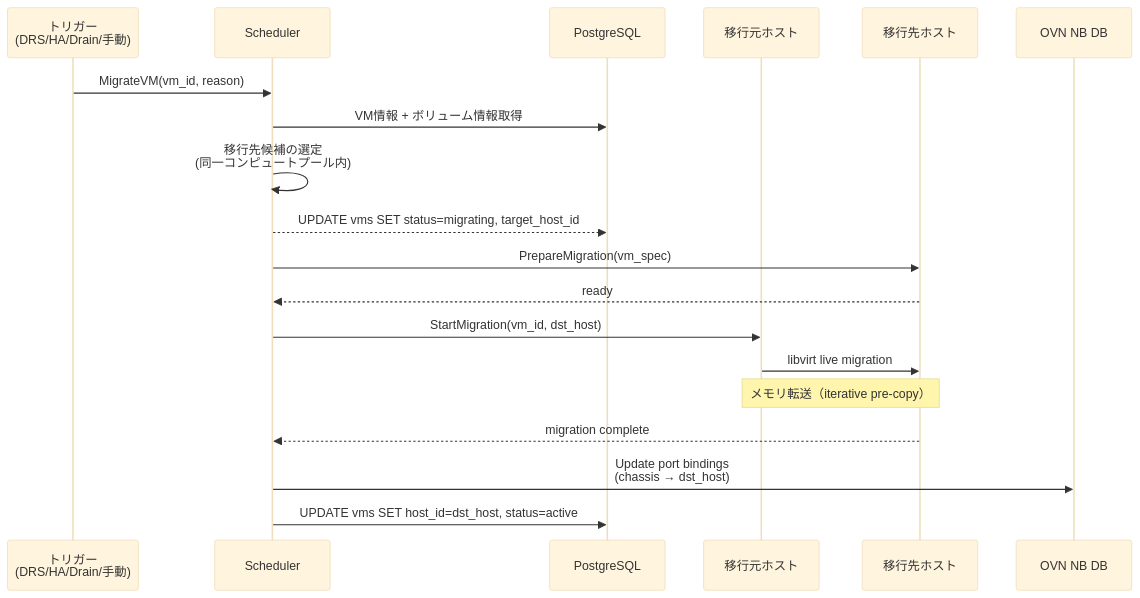
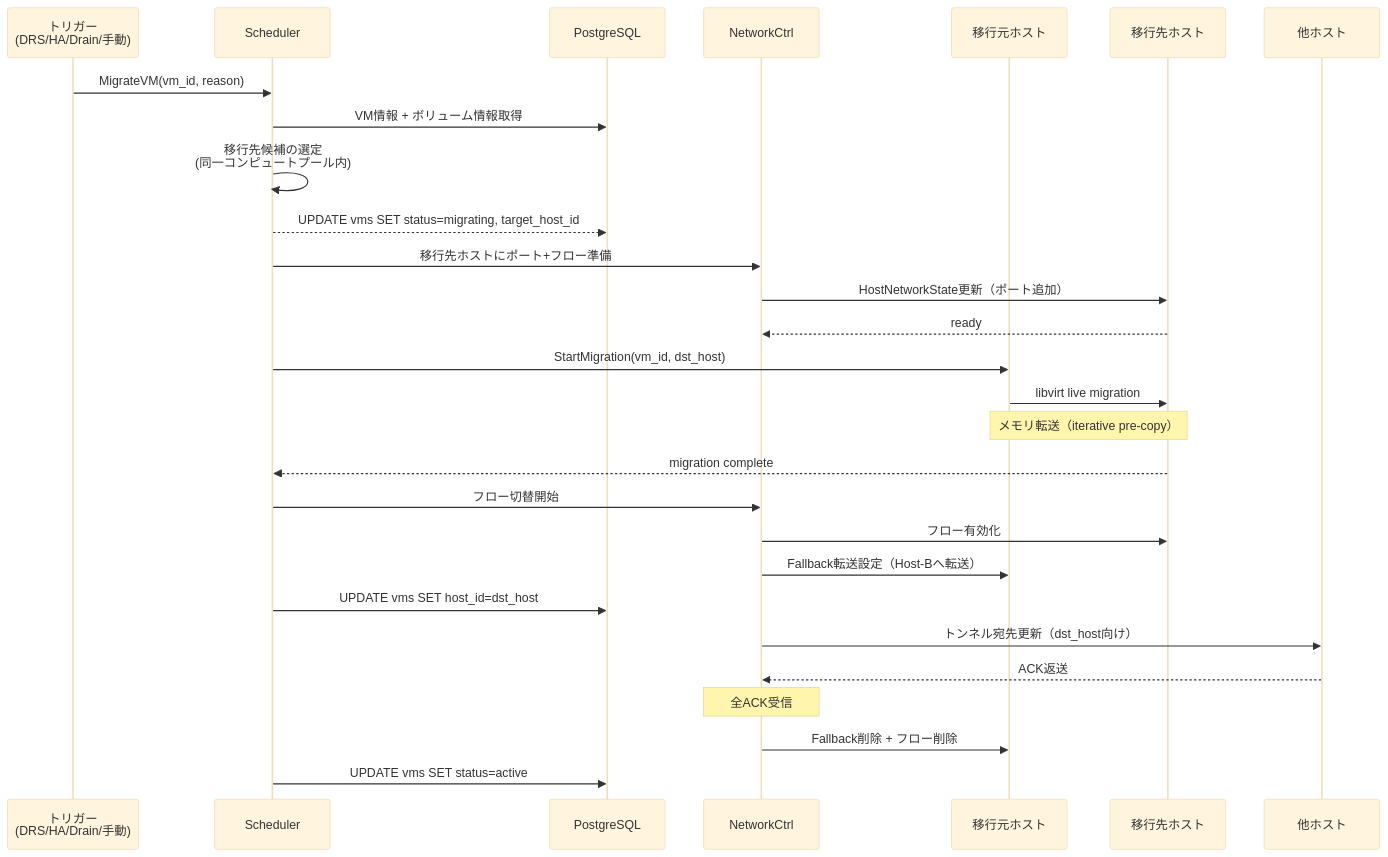
One commit to tjst-t/cirrus changed the second of 2 diagrams in docs/sequences.md. Above: the diagram before and after it, drawn with Mermaid (base theme). The commit also changed other lines of this file and 15 other files, not shown here.

````diff
--- a/docs/sequences.md
+++ b/docs/sequences.md
@@ -152,25 +149,34 @@
 ```mermaid
 sequenceDiagram
     participant Trigger as トリガー<br/>(DRS/HA/Drain/手動)
     participant Sched as Scheduler
     participant DB as PostgreSQL
+    participant NetCtrl as NetworkCtrl
     participant SrcHost as 移行元ホスト
     participant DstHost as 移行先ホスト
-    participant OVN as OVN NB DB
+    participant Others as 他ホスト
 
     Trigger->>Sched: MigrateVM(vm_id, reason)
     Sched->>DB: VM情報 + ボリューム情報取得
     Sched->>Sched: 移行先候補の選定<br/>(同一コンピュートプール内)
     Sched-->>DB: UPDATE vms SET status=migrating, target_host_id
 
-    Sched->>DstHost: PrepareMigration(vm_spec)
-    DstHost-->>Sched: ready
+    Sched->>NetCtrl: 移行先ホストにポート+フロー準備
+    NetCtrl->>DstHost: HostNetworkState更新（ポート追加）
+    DstHost-->>NetCtrl: ready
 
     Sched->>SrcHost: StartMigration(vm_id, dst_host)
     SrcHost->>DstHost: libvirt live migration
     Note over SrcHost, DstHost: メモリ転送（iterative pre-copy）
     DstHost-->>Sched: migration complete
 
-    Sched->>OVN: Update port bindings<br/>(chassis → dst_host)
-    Sched->>DB: UPDATE vms SET host_id=dst_host, status=active
+    Sched->>NetCtrl: フロー切替開始
+    NetCtrl->>DstHost: フロー有効化
+    NetCtrl->>SrcHost: Fallback転送設定（Host-Bへ転送）
+    Sched->>DB: UPDATE vms SET host_id=dst_host
+    NetCtrl->>Others: トンネル宛先更新（dst_host向け）
+    Others-->>NetCtrl: ACK返送
+    Note over NetCtrl: 全ACK受信
+    NetCtrl->>SrcHost: Fallback削除 + フロー削除
+    Sched->>DB: UPDATE vms SET status=active
 ```
````
